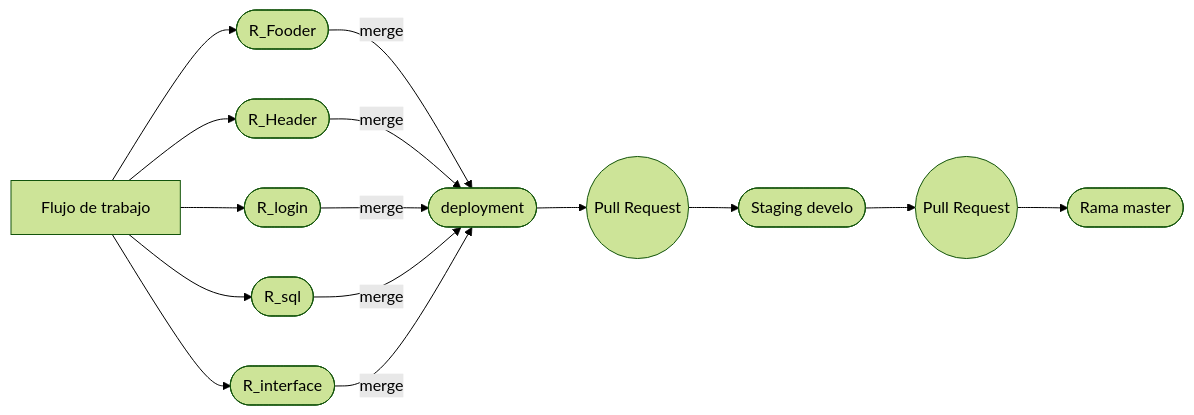
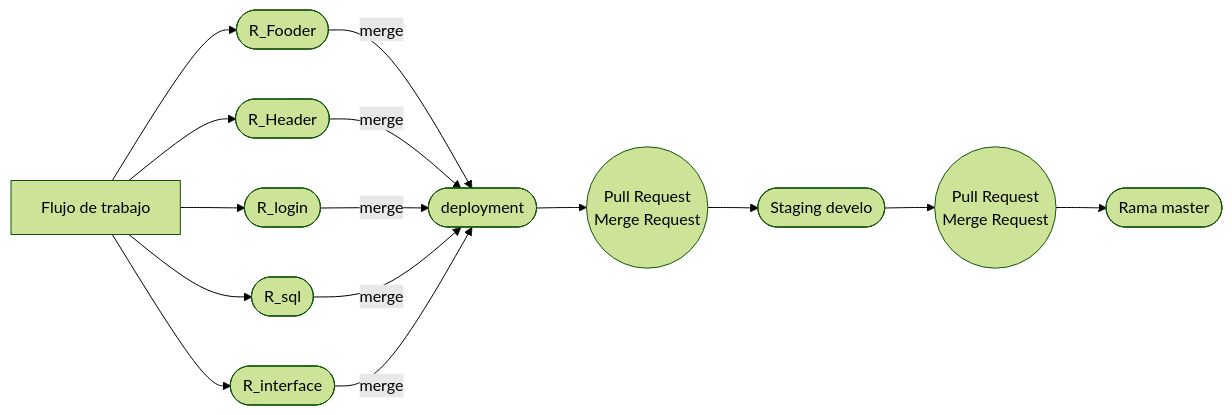
One commit to dczinil/git changed the third of 3 diagrams in Notas_del_curso_de_git.md. Above: the diagram before and after it, drawn with Mermaid (forest theme).

Commit message:
Trabajando en los graficos de flujo de trebajo p19 nuevo grafico

````diff
--- a/Notas_del_curso_de_git.md
+++ b/Notas_del_curso_de_git.md
@@ -253,10 +253,10 @@
 ```mermaid
 
 graph LR
 A[Flujo de trabajo]-->B([R_Fooder])--merge-->H
 A[Flujo de trabajo]-->C([R_Header])--merge-->H
 A[Flujo de trabajo]-->D([R_login])--merge-->H
 A[Flujo de trabajo]-->E([R_sql])--merge-->H
 A[Flujo de trabajo]-->G([R_interface])--merge-->H
-H([deployment])-->L((Pull Request))-->I([Staging  develo])-->O((Pull Request))-->K([Rama master])
+H([deployment])-->L((Pull Request</br>Merge Request))-->I([Staging  develo])-->O((Pull Request</br>Merge Request))-->K([Rama master])
 ```
````
